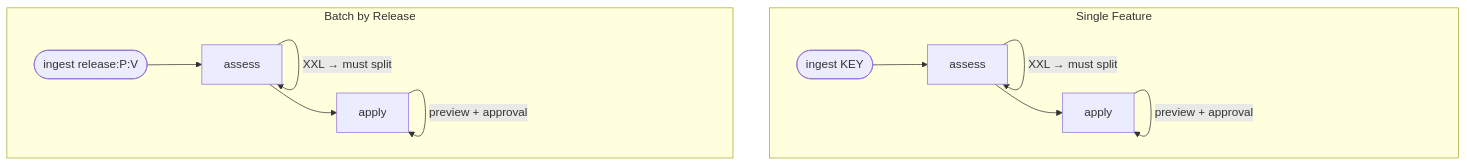
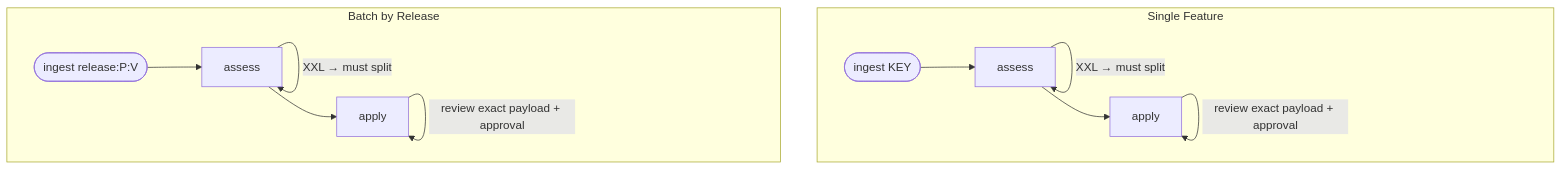
Before and after one commit to flightctl/ai-workflows: the diagram in sizing/README.md, drawn with Mermaid. The commit also changed other lines of this file and 18 other files, not shown here.

````diff
--- a/sizing/README.md
+++ b/sizing/README.md
@@ -7,17 +7,17 @@
 ```mermaid
 graph TD
     subgraph Single Feature
         ingest_s([ingest KEY]) --> assess_s[assess]
         assess_s -->|XXL → must split| assess_s
         assess_s --> apply_s[apply]
-        apply_s -->|preview + approval| apply_s
+        apply_s -->|review exact payload + approval| apply_s
     end
     subgraph Batch by Release
         ingest_b([ingest release:P:V]) --> assess_b[assess]
         assess_b -->|calibrate| assess_b
         assess_b -->|XXL → must split| assess_b
         assess_b --> apply_b[apply]
         apply_b -->|exclude Features| apply_b
-        apply_b -->|preview + approval| apply_b
+        apply_b -->|review exact payload + approval| apply_b
     end
 ```
````
